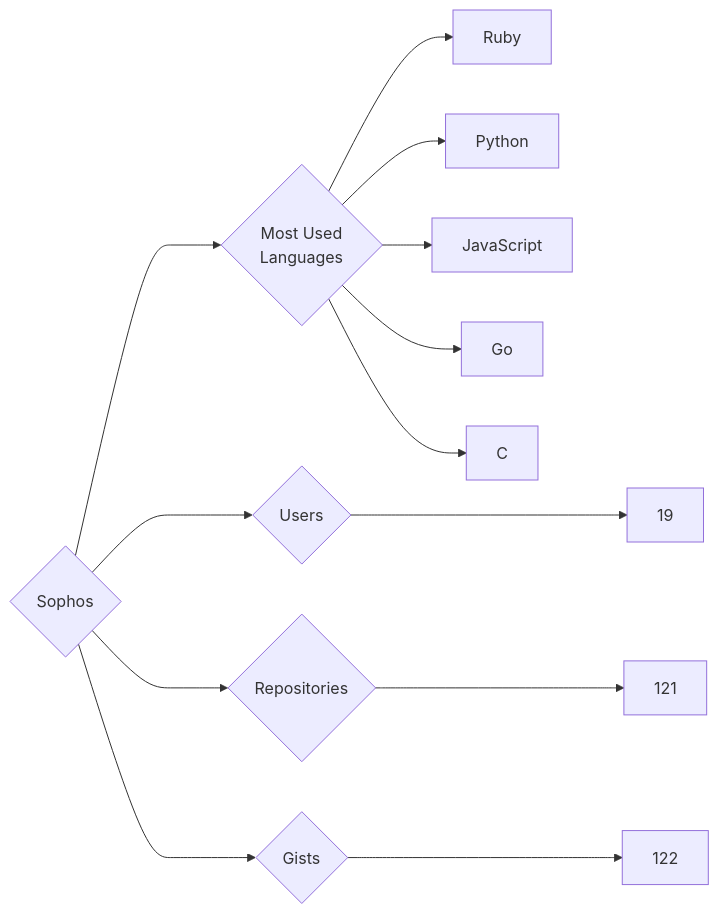
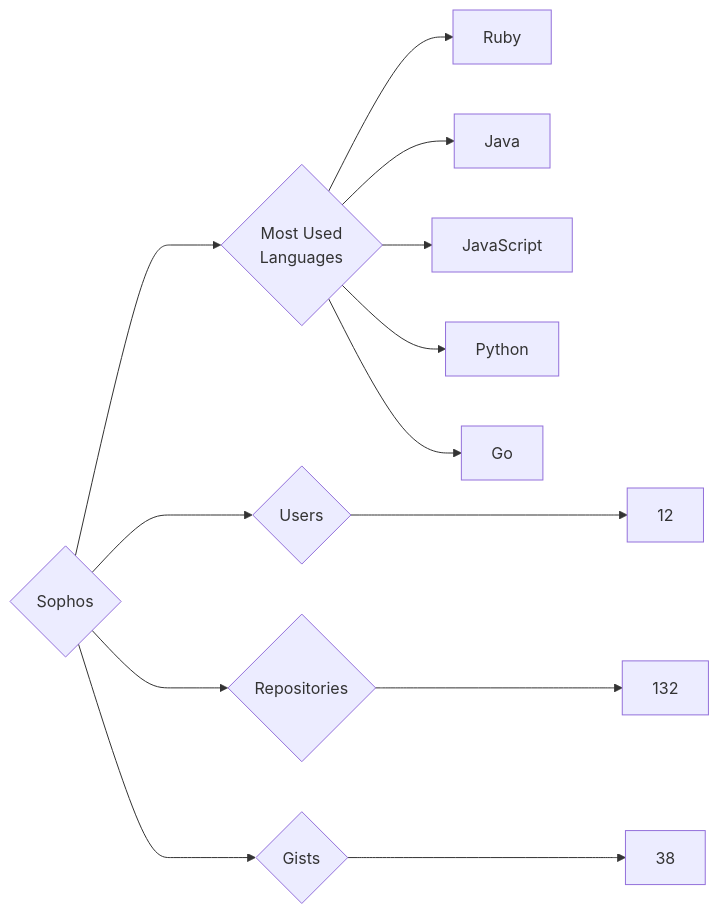
One commit to trickest/insiders changed the diagram in targets/Sophos/README.md. Above: the diagram before and after it, drawn with Mermaid. The commit also changed 1508 other files, not shown here.

````diff
--- a/targets/Sophos/README.md
+++ b/targets/Sophos/README.md
@@ -3,13 +3,13 @@
 ```mermaid
 graph LR
 COMPANY_NAME{Sophos}
-COMPANY_NAME ---> U{Users} ---> UN[19]
-COMPANY_NAME ---> R{Repositories} ---> RN[121]
-COMPANY_NAME ---> G{Gists} ---> GN[122]
+COMPANY_NAME ---> U{Users} ---> UN[12]
+COMPANY_NAME ---> R{Repositories} ---> RN[132]
+COMPANY_NAME ---> G{Gists} ---> GN[38]
 COMPANY_NAME ---> ML{Most Used<br>Languages}
 ML --> Ruby[Ruby]
+ML --> Java[Java]
+ML --> JavaScript[JavaScript]
 ML --> Python[Python]
-ML --> JavaScript[JavaScript]
 ML --> Go[Go]
-ML --> C[C]
 ```
````
